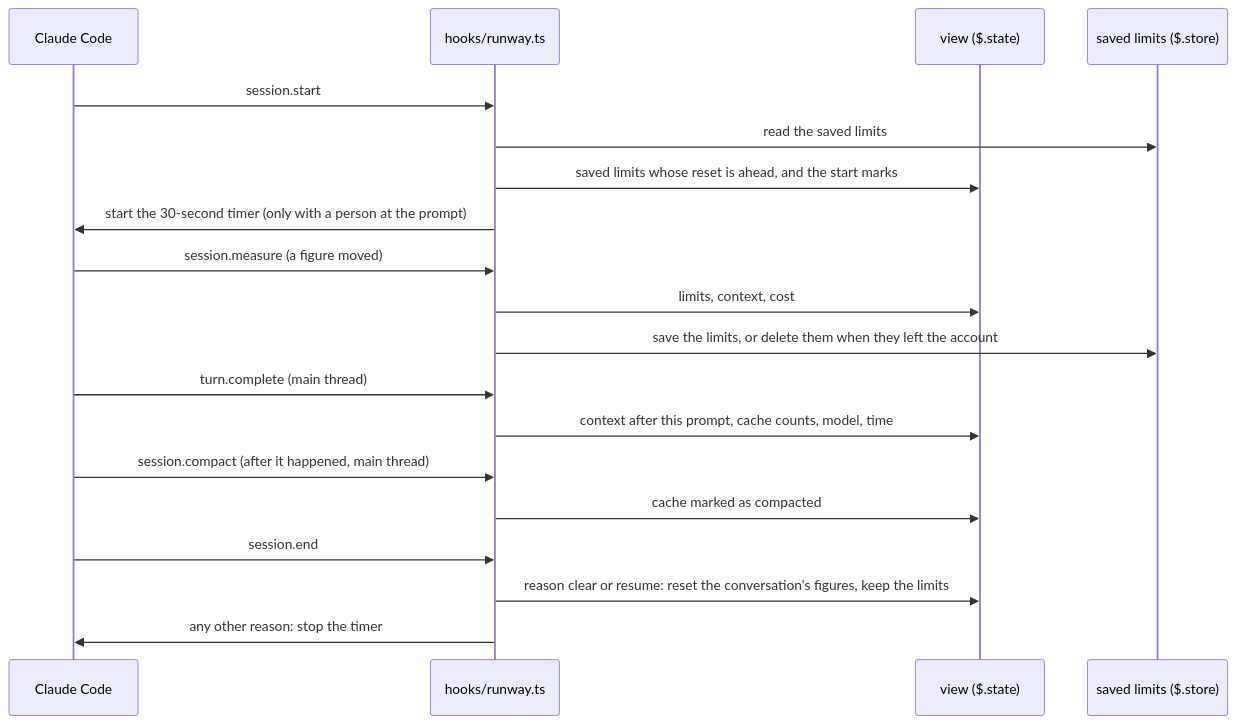
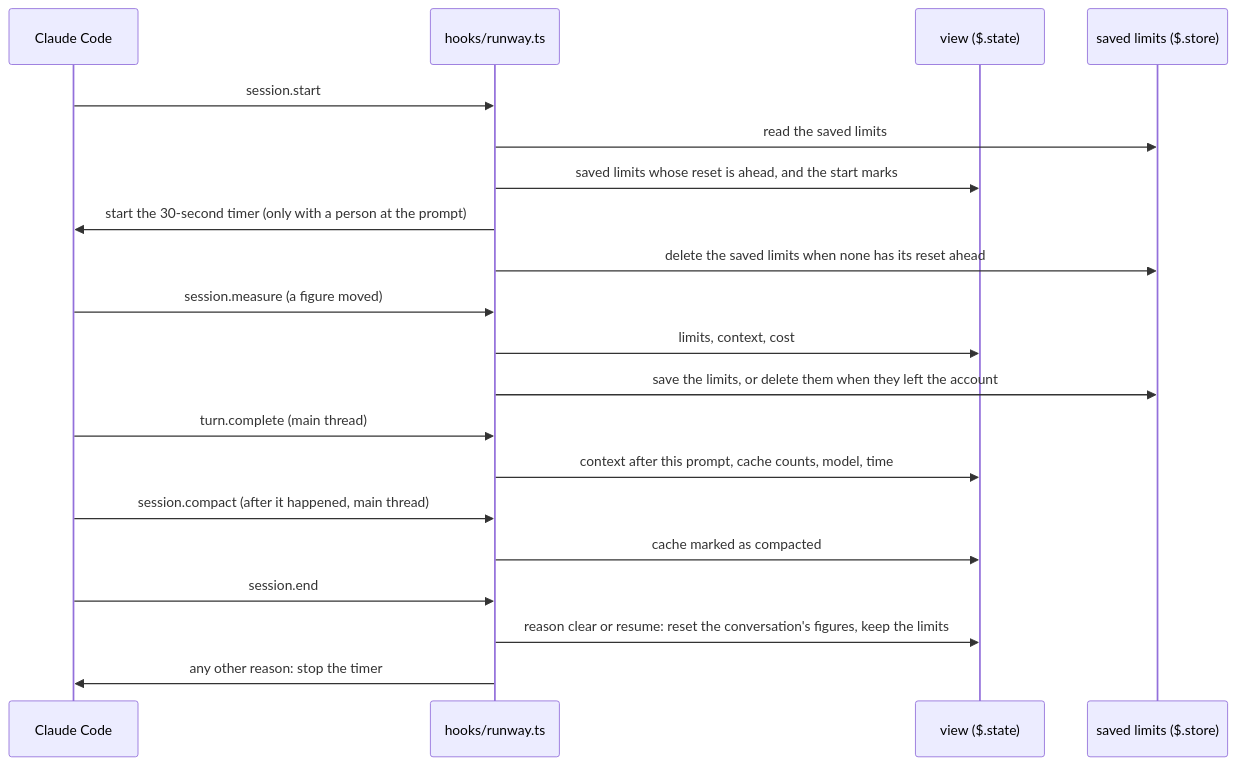
Before and after one commit to tmathura/claude-runway: the second of 3 diagrams in docs/architecture.md, drawn with Mermaid. The commit also changed 11 other files, not shown here.

First line of the commit message:
[#7] Delete a saved limits reading with no limit left in its window

````diff
--- a/docs/architecture.md
+++ b/docs/architecture.md
@@ -54,21 +54,22 @@
 ```mermaid
 sequenceDiagram
   participant CC as Claude Code
   participant H as hooks/runway.ts
   participant V as view ($.state)
   participant S as saved limits ($.store)
   CC->>H: session.start
   H->>S: read the saved limits
   H->>V: saved limits whose reset is ahead, and the start marks
   H->>CC: start the 30-second timer (only with a person at the prompt)
+  H->>S: delete the saved limits when none has its reset ahead
   CC->>H: session.measure (a figure moved)
   H->>V: limits, context, cost
   H->>S: save the limits, or delete them when they left the account
   CC->>H: turn.complete (main thread)
   H->>V: context after this prompt, cache counts, model, time
   CC->>H: session.compact (after it happened, main thread)
   H->>V: cache marked as compacted
   CC->>H: session.end
   H->>V: reason clear or resume: reset the conversation's figures, keep the limits
   H->>CC: any other reason: stop the timer
 ```
````
